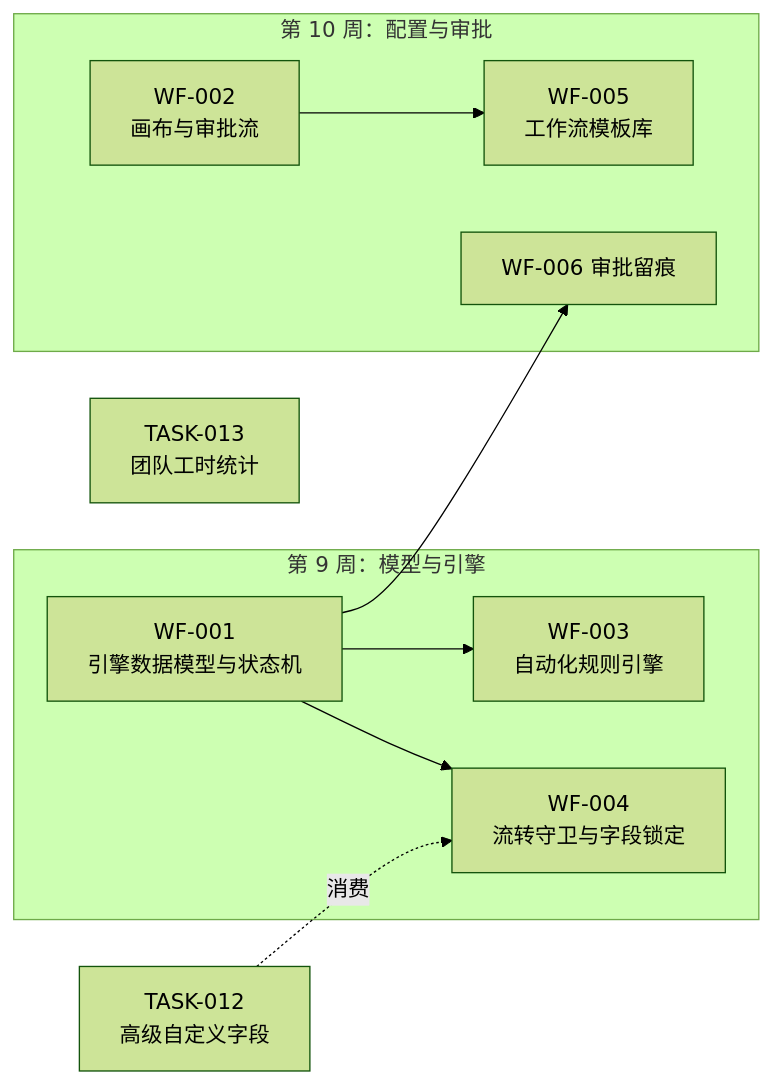
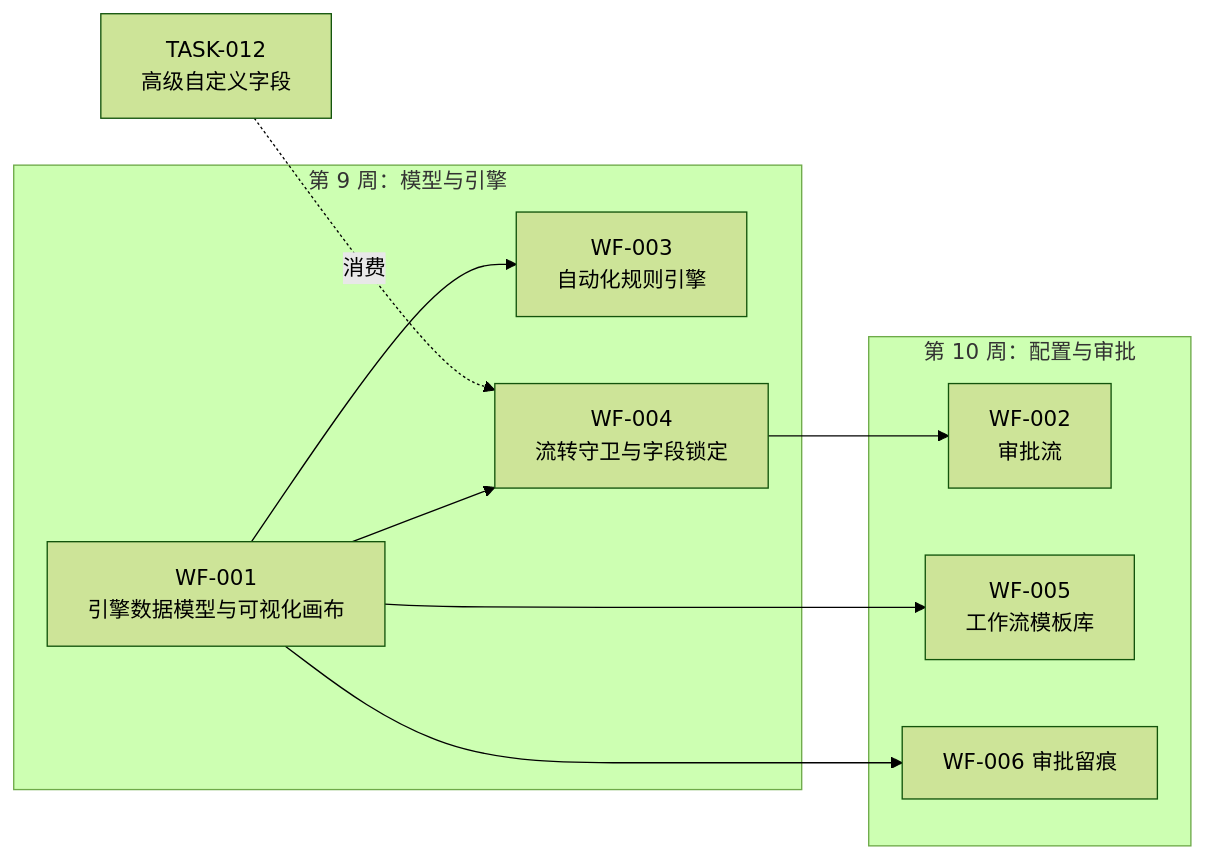
One commit to RabbitAI-Lab/RabbitProjects changed the first of 2 diagrams in docs/sprint-7-enterprise-workflow/sprint-overview.md. Above: the diagram before and after it, drawn with Mermaid (forest theme). The commit also changed other lines of this file and 9 other files, not shown here.

````diff
--- a/docs/sprint-7-enterprise-workflow/sprint-overview.md
+++ b/docs/sprint-7-enterprise-workflow/sprint-overview.md
@@ -20,13 +20,13 @@
 ```mermaid
 flowchart LR
     subgraph W1["第 9 周：模型与引擎"]
-        E1["WF-001<br/>引擎数据模型与状态机"] --> E3["WF-003<br/>自动化规则引擎"]
+        E1["WF-001<br/>引擎数据模型与可视化画布"] --> E3["WF-003<br/>自动化规则引擎"]
         E1 --> E4["WF-004<br/>流转守卫与字段锁定"]
     end
     subgraph W2["第 10 周：配置与审批"]
-        E2["WF-002<br/>画布与审批流"] --> E5["WF-005<br/>工作流模板库"]
+        E4 --> E2["WF-002<br/>审批流"]
+        E1 --> E5["WF-005<br/>工作流模板库"]
         E1 --> E6["WF-006 审批留痕"]
     end
     T12["TASK-012<br/>高级自定义字段"] -.消费.-> E4
-    T13["TASK-013<br/>团队工时统计"]
 ```
````
